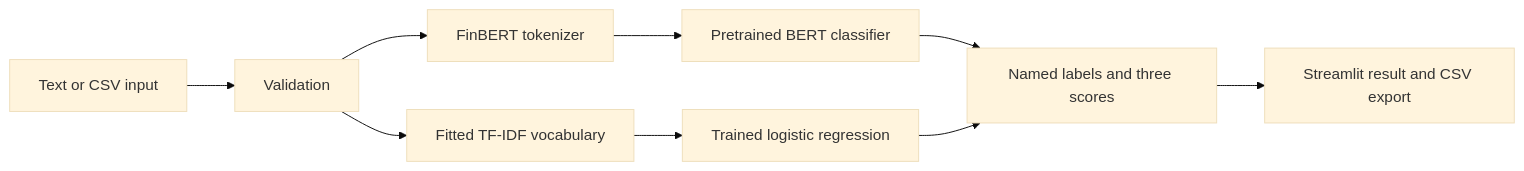
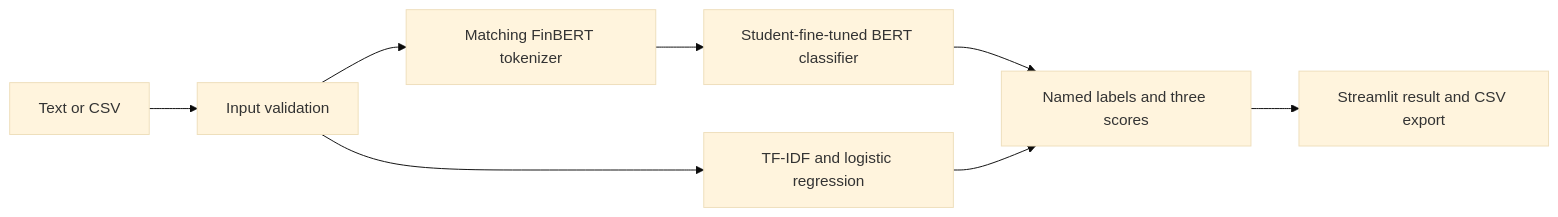
Before and after one commit to akshatog/financial-sentiment-finbert: the diagram in README.md, drawn with Mermaid (base theme). The commit also changed other lines of this file and 25 other files, not shown here.

Commit message:
Integrate verified student fine-tuned FinBERT and submission results

````diff
--- a/README.md
+++ b/README.md
@@ -73,11 +55,10 @@
 ```mermaid
 flowchart LR
-    A[Text or CSV input] --> B[Validation]
-    B --> C[FinBERT tokenizer]
-    C --> D[Pretrained BERT classifier]
-    B --> E[Fitted TF-IDF vocabulary]
-    E --> F[Trained logistic regression]
-    D --> G[Named labels and three scores]
-    F --> G
-    G --> H[Streamlit result and CSV export]
+    A[Text or CSV] --> B[Input validation]
+    B --> C[Matching FinBERT tokenizer]
+    C --> D[Student-fine-tuned BERT classifier]
+    B --> E[TF-IDF and logistic regression]
+    D --> F[Named labels and three scores]
+    E --> F
+    F --> G[Streamlit result and CSV export]
 ```
````
